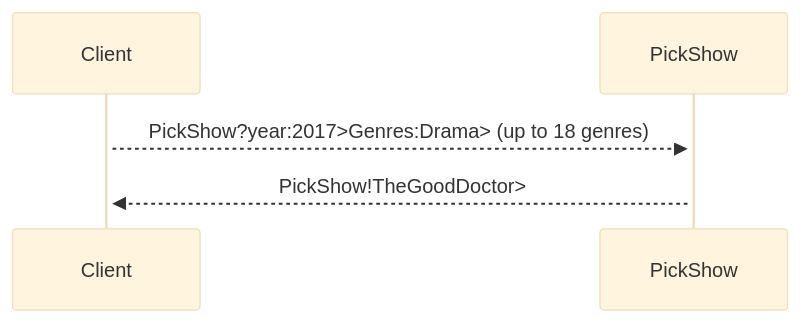
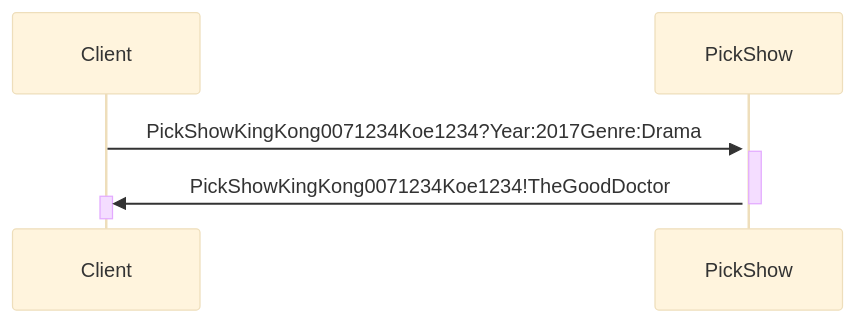
One commit to CeyhanYildiz/Network_Zmq changed the second of 3 diagrams in README.md. Above: the diagram before and after it, drawn with Mermaid (base theme). The commit also changed other lines of this file, not shown here.

````diff
--- a/README.md
+++ b/README.md
@@ -23,10 +29,12 @@
 ```mermaid
 sequenceDiagram
     participant Client
     participant PickShow
 
-    activate Client
+
+    Client->>+PickShow: PickShowKingKong0071234Koe1234?Year:2017Genre:Drama
     activate PickShow
-    Client-->>+PickShow: PickShow?year:2017>Genres:Drama> (up to 18 genres)
-    PickShow-->>+Client: PickShow!TheGoodDoctor>
+    PickShow->>+Client: PickShowKingKong0071234Koe1234!TheGoodDoctor
+    deactivate PickShow
+    deactivate Client
 ```
````
